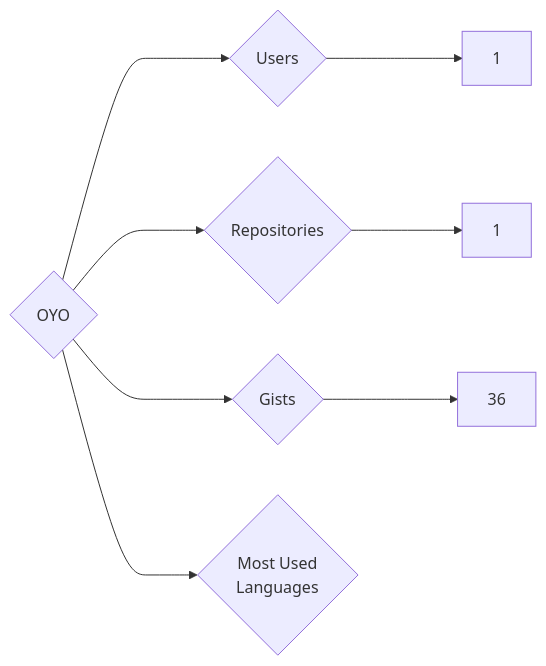
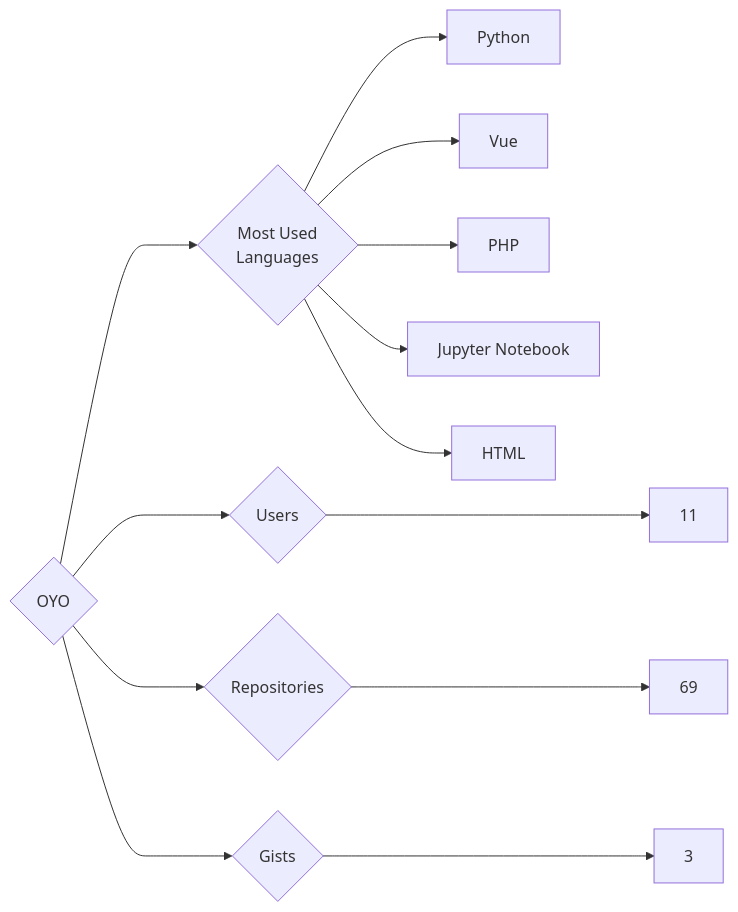
Before and after one commit to trickest/insiders: the diagram in targets/OYO/README.md, drawn with Mermaid. The commit also changed 815 other files, not shown here.

````diff
--- a/targets/OYO/README.md
+++ b/targets/OYO/README.md
@@ -3,8 +3,13 @@
 ```mermaid
 graph LR
 COMPANY_NAME{OYO}
-COMPANY_NAME ---> U{Users} ---> UN[1]
-COMPANY_NAME ---> R{Repositories} ---> RN[1]
-COMPANY_NAME ---> G{Gists} ---> GN[36]
+COMPANY_NAME ---> U{Users} ---> UN[11]
+COMPANY_NAME ---> R{Repositories} ---> RN[69]
+COMPANY_NAME ---> G{Gists} ---> GN[3]
 COMPANY_NAME ---> ML{Most Used<br>Languages}
+ML --> Python[Python]
+ML --> Vue[Vue]
+ML --> PHP[PHP]
+ML --> Jupyter_Notebook[Jupyter Notebook]
+ML --> HTML[HTML]
 ```
````
